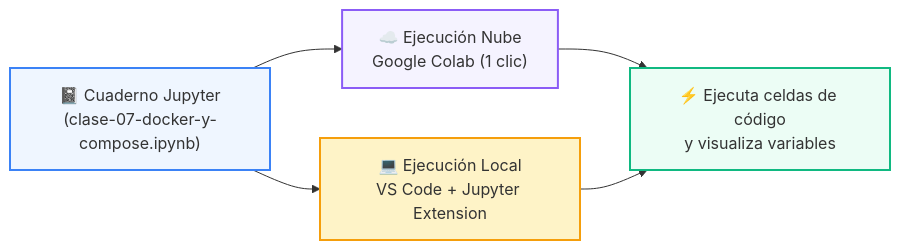
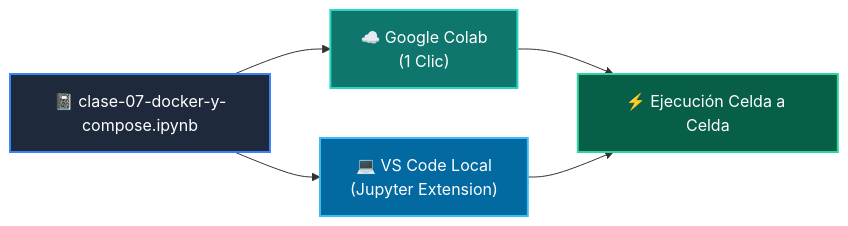
One commit to wisrovi/wisrovi-python changed the diagram in 04-proyecto-final/clase-07-docker-y-compose/notebook/README.md. Above: the diagram before and after it, drawn with Mermaid. The commit also changed other lines of this file and 271 other files, not shown here.

Commit message:
docs: rewrite all README.md files with bespoke topic-specific Mermaid diagrams and remove repetitive boilerplate

````diff
--- a/04-proyecto-final/clase-07-docker-y-compose/notebook/README.md
+++ b/04-proyecto-final/clase-07-docker-y-compose/notebook/README.md
@@ -14,12 +12,12 @@
 ```mermaid
 flowchart LR
-    NB["📓 Cuaderno Jupyter<br/>(clase-07-docker-y-compose.ipynb)"] --> COLAB["☁️ Ejecución Nube<br/>Google Colab (1 clic)"]
-    NB --> LOCAL["💻 Ejecución Local<br/>VS Code + Jupyter Extension"]
-    COLAB --> RUN["⚡ Ejecuta celdas de código<br/>y visualiza variables"]
+    NB["📓 clase-07-docker-y-compose.ipynb"] --> COLAB["☁️ Google Colab<br/>(1 Clic)"]
+    NB --> LOCAL["💻 VS Code Local<br/>(Jupyter Extension)"]
+    COLAB --> RUN["⚡ Ejecución Celda a Celda"]
     LOCAL --> RUN
 
-    style NB fill:#eff6ff,stroke:#3b82f6,stroke-width:2px
-    style COLAB fill:#f5f3ff,stroke:#8b5cf6,stroke-width:2px
-    style LOCAL fill:#fef3c7,stroke:#f59e0b,stroke-width:2px
-    style RUN fill:#ecfdf5,stroke:#10b981,stroke-width:2px
+    style NB fill:#1e293b,color:#fff,stroke:#3b82f6,stroke-width:2px
+    style COLAB fill:#0f766e,color:#fff,stroke:#2dd4bf,stroke-width:2px
+    style LOCAL fill:#0369a1,color:#fff,stroke:#38bdf8,stroke-width:2px
+    style RUN fill:#065f46,color:#fff,stroke:#34d399,stroke-width:2px
 ```
````
